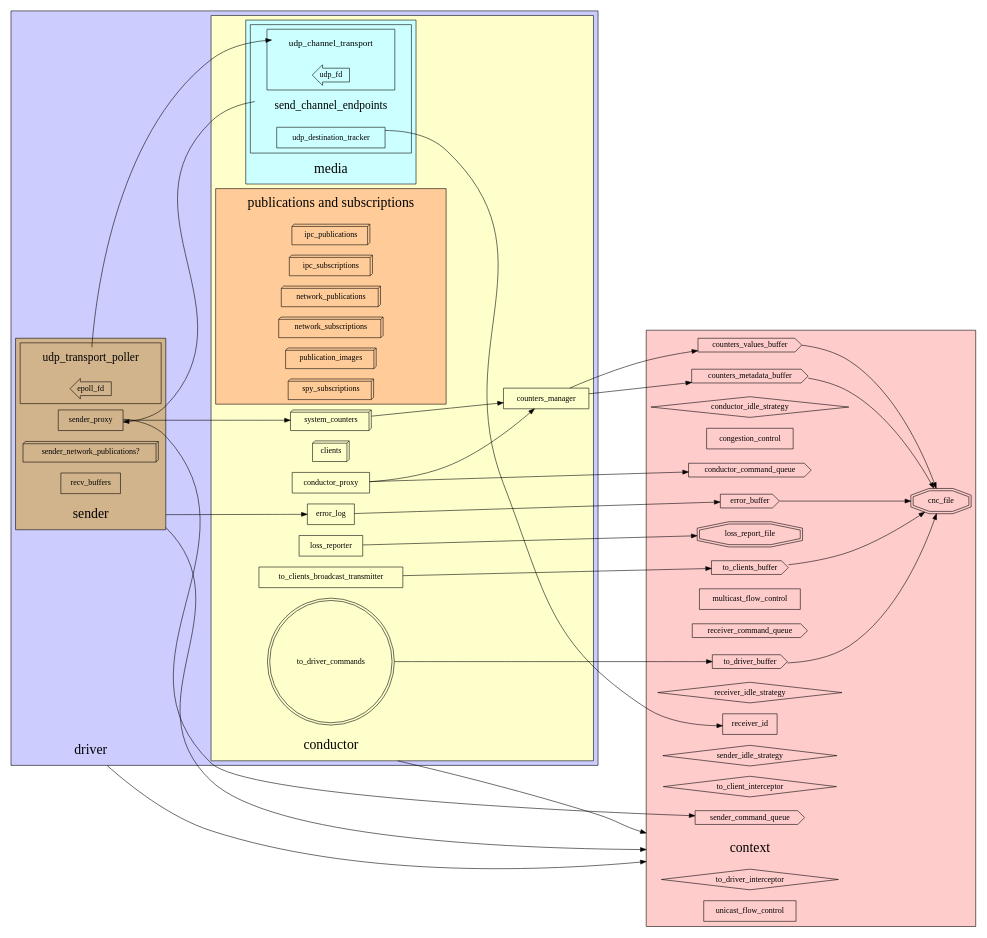
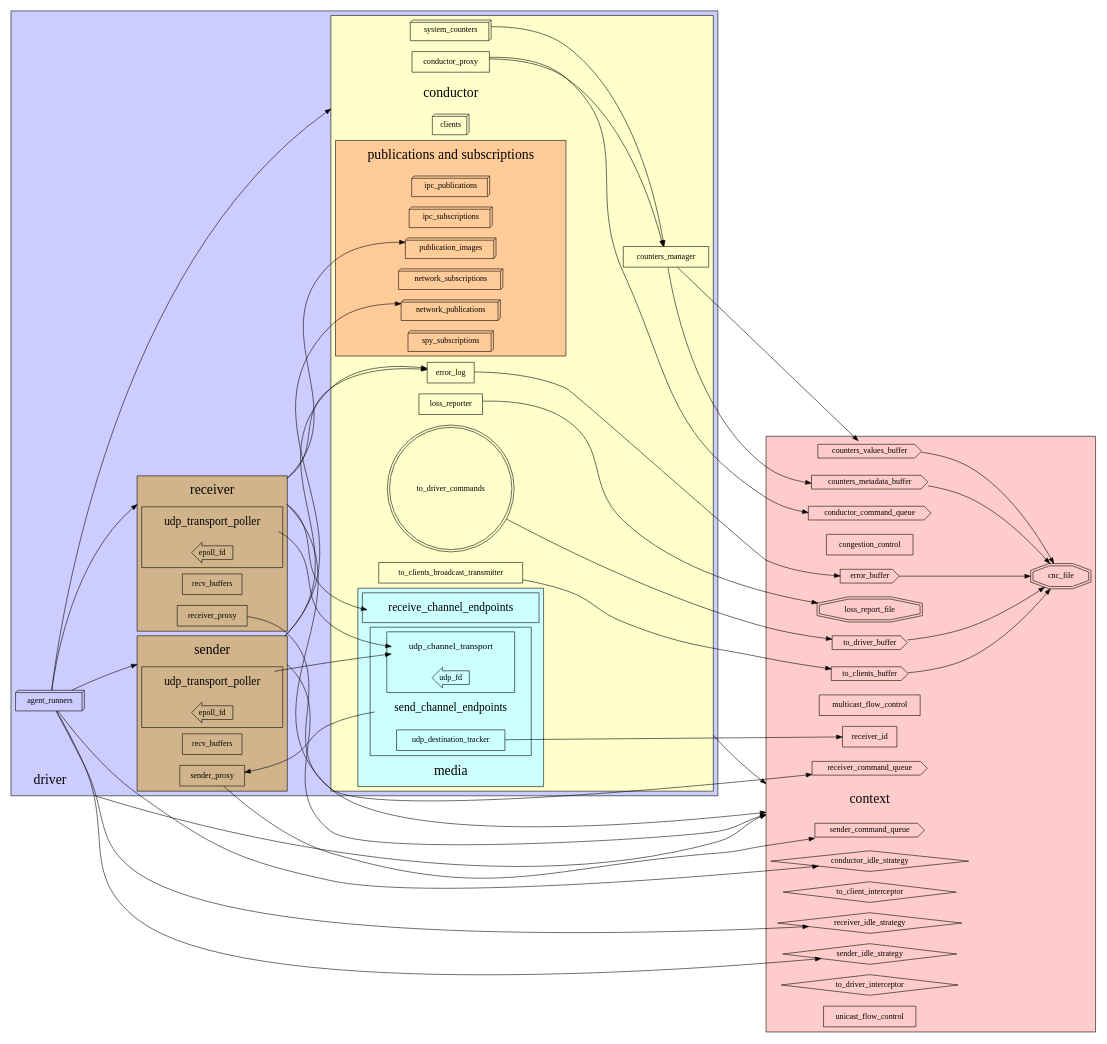
One commit to khklau/aeron-dpdk-driver changed the diagram in doc/c_driver.dot. Above: the diagram before and after it, drawn with Graphviz.

Commit message:
adding receiver and agent_runner to the diagram

```diff
--- a/doc/c_driver.dot
+++ b/doc/c_driver.dot
@@ -1,146 +1,180 @@
 digraph aeron_media_driver {
 
     ranksep=1.5;
     rankdir=LR;
     compound=true;
 
     subgraph cluster_context {
         style = filled;
         fillcolor = "#ffcccc";
 
         context [ label="context" shape="none" fontsize=24 ];
 
         cnc_file [ label="cnc_file" shape="doubleoctagon" ];
         conductor_command_queue [ label="conductor_command_queue" shape="cds" ];
         conductor_idle_strategy [ label="conductor_idle_strategy" shape="diamond" ];
         congestion_control [ label="congestion_control" shape="record" ];
         counters_metadata_buffer [ label="counters_metadata_buffer" shape="cds" ];
         counters_values_buffer [ label="counters_values_buffer" shape="cds" ];
         error_buffer [ label="error_buffer" shape="cds" ];
         loss_report_file [ label="loss_report_file" shape="doubleoctagon" ];
         multicast_flow_control [ label="multicast_flow_control" shape="record" ];
         receiver_command_queue [ label="receiver_command_queue" shape="cds" ];
         receiver_id [ label="receiver_id" shape="record" ];
         receiver_idle_strategy [ label="receiver_idle_strategy" shape="diamond" ];
         sender_command_queue [ label="sender_command_queue" shape="cds" ];
         sender_idle_strategy [ label="sender_idle_strategy" shape="diamond" ];
         to_client_interceptor [ label="to_client_interceptor" shape="diamond" ];
         to_clients_buffer [ label="to_clients_buffer" shape="cds" ];
         to_driver_buffer [ label="to_driver_buffer" shape="cds" ];
         to_driver_interceptor [ label="to_driver_interceptor" shape="diamond" ];
         unicast_flow_control [ label="unicast_flow_control" shape="record" ];
 
         counters_metadata_buffer -> cnc_file;
         counters_values_buffer -> cnc_file;
         error_buffer -> cnc_file;
         to_clients_buffer -> cnc_file;
         to_driver_buffer -> cnc_file;
     }
 
     subgraph cluster_driver {
         style = filled;
         fillcolor = "#ccccff";
 
         driver [ label="driver" shape="none" fontsize=24 ];
 
+        agent_runners [ label="agent_runners" shape="box3d" ];
+
         subgraph cluster_conductor {
             style = filled;
             fillcolor = "#ffffcc";
 
             conductor [ label="conductor" shape="none" fontsize=24 ];
 
             clients [ label="clients" shape="box3d" ];
             conductor_proxy [ label="conductor_proxy" shape="record" ];
             counters_manager [ label="counters_manager" shape="record" ];
             error_log [ label="error_log" shape="record" ];
             loss_reporter [ label="loss_reporter" shape="record" ];
             system_counters [ label="system_counters " shape="box3d" ];
             to_clients_broadcast_transmitter [ label="to_clients_broadcast_transmitter" shape="record" ];
             to_driver_commands [ label="to_driver_commands" shape="doublecircle" ];
 
             subgraph cluster_media {
                 style = filled;
                 fillcolor = "#ccffff";
 
                 media [ label="media" shape="none" fontsize=24 ];
 
-                send_channel_endpoints [ label="send_channel_endpoints " shape="box3d" ]
-                udp_channel_transport [ label="udp_channel_transport" shape="record" ];
+                subgraph cluster_receive_channel_endpoints {
+                    style = filled;
+                    fillcolor = "#ccffff";
+
+                    receive_channel_endpoints [ label="receive_channel_endpoints" shape="none" fontsize=20 ];
+                }
 
                 subgraph cluster_send_channel_endpoints {
                     style = filled;
                     fillcolor = "#ccffff";
 
                     send_channel_endpoints [ label="send_channel_endpoints" shape="none" fontsize=20 ];
 
                     udp_destination_tracker [ label="udp_destination_tracker" shape="record" ];
 
                     subgraph cluster_udp_channel_transport {
                         style = filled;
                         fillcolor = "#ccffff";
 
                         udp_channel_transport [ label="udp_channel_transport" shape="none" fontsize=16 ];
 
                         udp_fd [ label="udp_fd" shape="larrow" ];
                     }
                 }
             }
 
             subgraph cluster_pubsub {
                 style = filled;
                 fillcolor = "#ffcc99";
 
                 pubsub [ label="publications and subscriptions" shape="none" fontsize=24 ];
 
                 ipc_publications [ label="ipc_publications " shape="box3d" ];
                 ipc_subscriptions [ label="ipc_subscriptions " shape="box3d" ];
                 network_publications [ label="network_publications " shape="box3d" ];
                 network_subscriptions [ label="network_subscriptions " shape="box3d" ];
                 publication_images [ label="publication_images " shape="box3d" ];
                 spy_subscriptions [ label="spy_subscriptions " shape="box3d" ];
             }
         }
 
+        subgraph cluster_receiver {
+            style = filled;
+            fillcolor = "#d2b48c";
+
+            receiver [ label="receiver" shape="none" fontsize=24 ];
+
+            receiver_recv_buffers [ label="recv_buffers" shape="record" ];
+            receiver_proxy [ label="receiver_proxy" shape="record" ];
+
+            subgraph cluster_receiver_udp_transport_poller {
+                style = filled;
+                fillcolor = "#d2b48c";
+
+                receiver_udp_transport_poller [ label="udp_transport_poller" shape="none" fontsize=20 ];
+
+                receiver_epoll_fd [ label="epoll_fd" shape="larrow" ];
+            }
+        }
+
         subgraph cluster_sender {
             style = filled;
             fillcolor = "#d2b48c";
 
             sender [ label="sender" shape="none" fontsize=24 ];
 
-            sender_network_publications [ label="sender_network_publications? " shape="box3d" ];
-            recv_buffers [ label="recv_buffers" shape="record" ];
+            sender_recv_buffers [ label="recv_buffers" shape="record" ];
             sender_proxy [ label="sender_proxy" shape="record" ];
-            udp_transport_poller [ label="udp_transport_poller" shape="record" ];
 
-
-            subgraph cluster_udp_transport_poller {
+            subgraph cluster_sender_udp_transport_poller {
                 style = filled;
                 fillcolor = "#d2b48c";
 
-                udp_transport_poller [ label="udp_transport_poller" shape="none" fontsize=20 ];
+                sender_udp_transport_poller [ label="udp_transport_poller" shape="none" fontsize=20 ];
 
-                epoll_fd [ label="epoll_fd" shape="larrow" ];
+                sender_epoll_fd [ label="epoll_fd" shape="larrow" ];
             }
         }
 
-        sender_proxy -> system_counters;
-        udp_transport_poller -> udp_channel_transport;
+        agent_runners -> conductor [ lhead=cluster_conductor ];
+        agent_runners -> conductor_idle_strategy;
+        agent_runners -> receiver [ lhead=cluster_receiver ];
+        agent_runners -> receiver_idle_strategy;
+        agent_runners -> sender [ lhead=cluster_sender ];
+        agent_runners -> sender_idle_strategy;
+        receiver_udp_transport_poller -> udp_channel_transport;
+        sender_udp_transport_poller -> udp_channel_transport;
     }
 
     conductor -> context [ ltail=cluster_conductor, lhead=cluster_context ];
     conductor_proxy -> conductor_command_queue;
     conductor_proxy -> counters_manager;
     counters_manager -> counters_metadata_buffer;
     counters_manager -> counters_values_buffer;
     driver -> context [ ltail=cluster_driver, lhead=cluster_context ]
     error_log -> error_buffer;
     loss_reporter -> loss_report_file;
+    receiver -> context [ ltail=cluster_receiver, lhead=cluster_context ];
+    receiver -> error_log [ ltail=cluster_receiver ];
+    receiver -> publication_images [ ltail=cluster_receiver];
+    receiver -> receive_channel_endpoints [ ltail=cluster_receiver];
+    receiver_proxy -> receiver_command_queue;
     send_channel_endpoints -> sender_proxy;
     sender -> context [ ltail=cluster_sender, lhead=cluster_context ];
     sender -> error_log [ ltail=cluster_sender ];
+    sender -> network_publications [ ltail=cluster_sender ];
     sender_proxy -> sender_command_queue; 
     system_counters -> counters_manager;
     to_clients_broadcast_transmitter -> to_clients_buffer;
     to_driver_commands -> to_driver_buffer;
     udp_destination_tracker -> receiver_id;
 }
```
